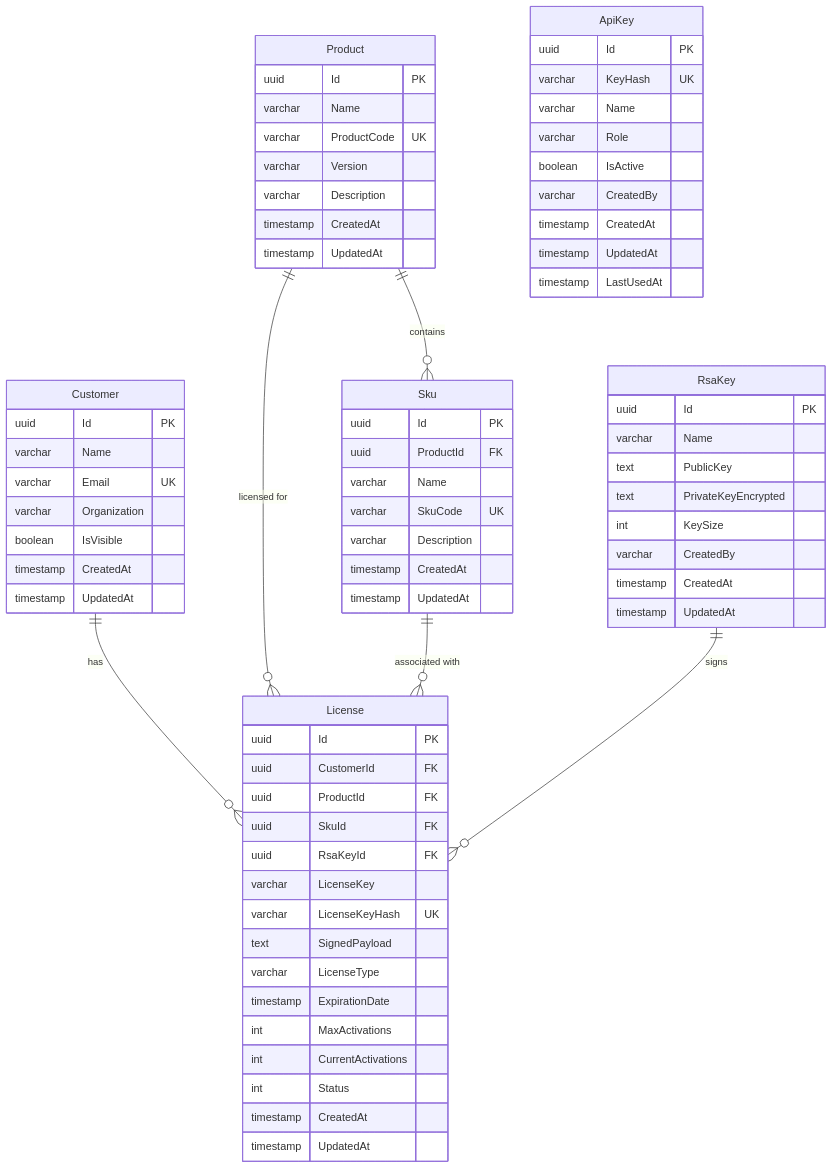
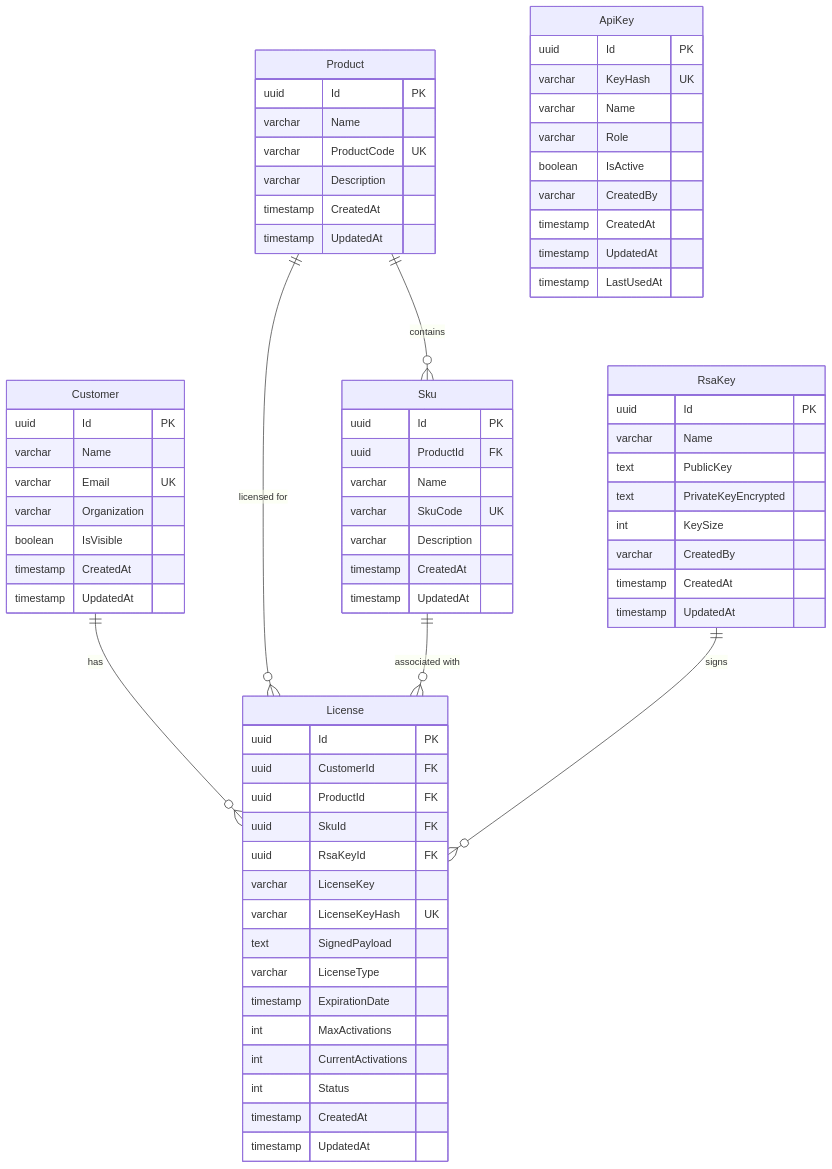
The diagram in docs/architecture/database.md (brooksyott/licensing_app_kiro), drawn with Mermaid before and after one commit. The commit also changed other lines of this file and 60 other files, not shown here.

````diff
--- a/docs/architecture/database.md
+++ b/docs/architecture/database.md
@@ -16,79 +16,78 @@
 ```mermaid
 erDiagram
     Customer ||--o{ License : "has"
     Product ||--o{ Sku : "contains"
     Product ||--o{ License : "licensed for"
     Sku ||--o{ License : "associated with"
     RsaKey ||--o{ License : "signs"
     
     Customer {
         uuid Id PK
         varchar Name
         varchar Email UK
         varchar Organization
         boolean IsVisible
         timestamp CreatedAt
         timestamp UpdatedAt
     }
     
     Product {
         uuid Id PK
         varchar Name
         varchar ProductCode UK
-        varchar Version
         varchar Description
         timestamp CreatedAt
         timestamp UpdatedAt
     }
     
     Sku {
         uuid Id PK
         uuid ProductId FK
         varchar Name
         varchar SkuCode UK
         varchar Description
         timestamp CreatedAt
         timestamp UpdatedAt
     }
     
     License {
         uuid Id PK
         uuid CustomerId FK
         uuid ProductId FK
         uuid SkuId FK
         uuid RsaKeyId FK
         varchar LicenseKey
         varchar LicenseKeyHash UK
         text SignedPayload
         varchar LicenseType
         timestamp ExpirationDate
         int MaxActivations
         int CurrentActivations
         int Status
         timestamp CreatedAt
         timestamp UpdatedAt
     }
     
     RsaKey {
         uuid Id PK
         varchar Name
         text PublicKey
         text PrivateKeyEncrypted
         int KeySize
         varchar CreatedBy
         timestamp CreatedAt
         timestamp UpdatedAt
     }
     
     ApiKey {
         uuid Id PK
         varchar KeyHash UK
         varchar Name
         varchar Role
         boolean IsActive
         varchar CreatedBy
         timestamp CreatedAt
         timestamp UpdatedAt
         timestamp LastUsedAt
     }
 ```
````
